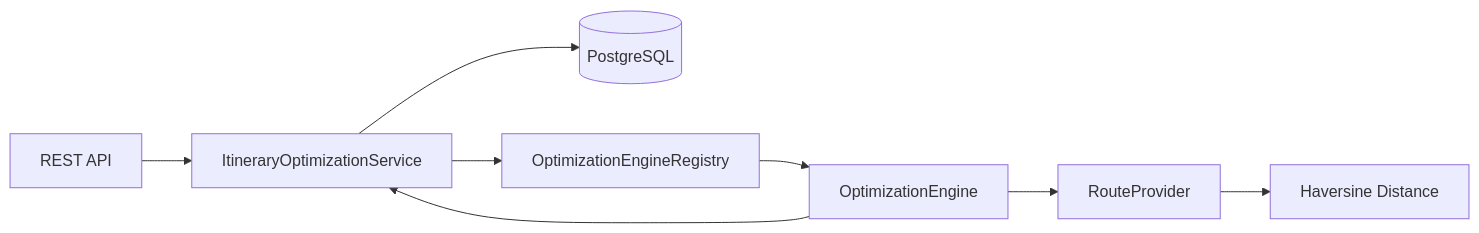
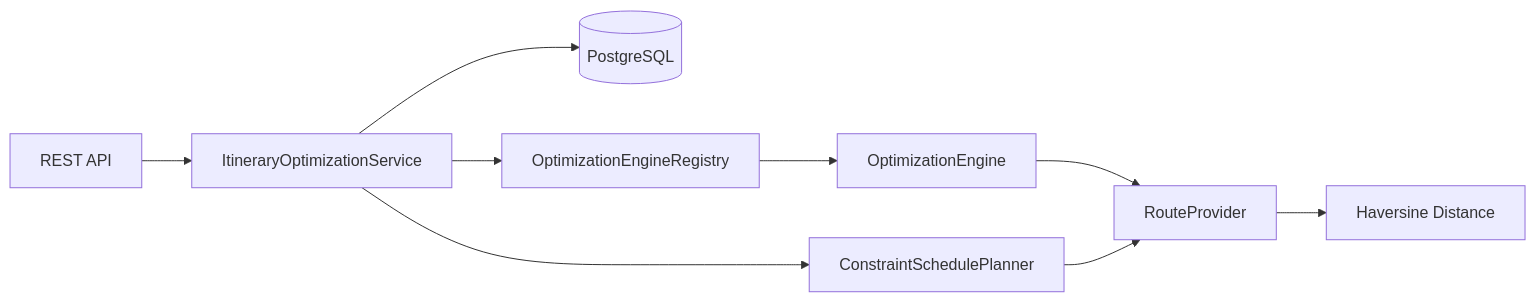
Before and after one commit to sungjuun/RoutePlan: the first of 2 diagrams in README.md, drawn with Mermaid. The commit also changed other lines of this file, not shown here.

````diff
--- a/README.md
+++ b/README.md
@@ -71,10 +81,11 @@
 ```mermaid
 flowchart LR
     API[REST API] --> APP[ItineraryOptimizationService]
     APP --> DB[(PostgreSQL)]
     APP --> REGISTRY[OptimizationEngineRegistry]
     REGISTRY --> ENGINE[OptimizationEngine]
     ENGINE --> ROUTE[RouteProvider]
     ROUTE --> DISTANCE[Haversine Distance]
-    ENGINE --> APP
+    APP --> PLANNER[ConstraintSchedulePlanner]
+    PLANNER --> ROUTE
 ```
````
